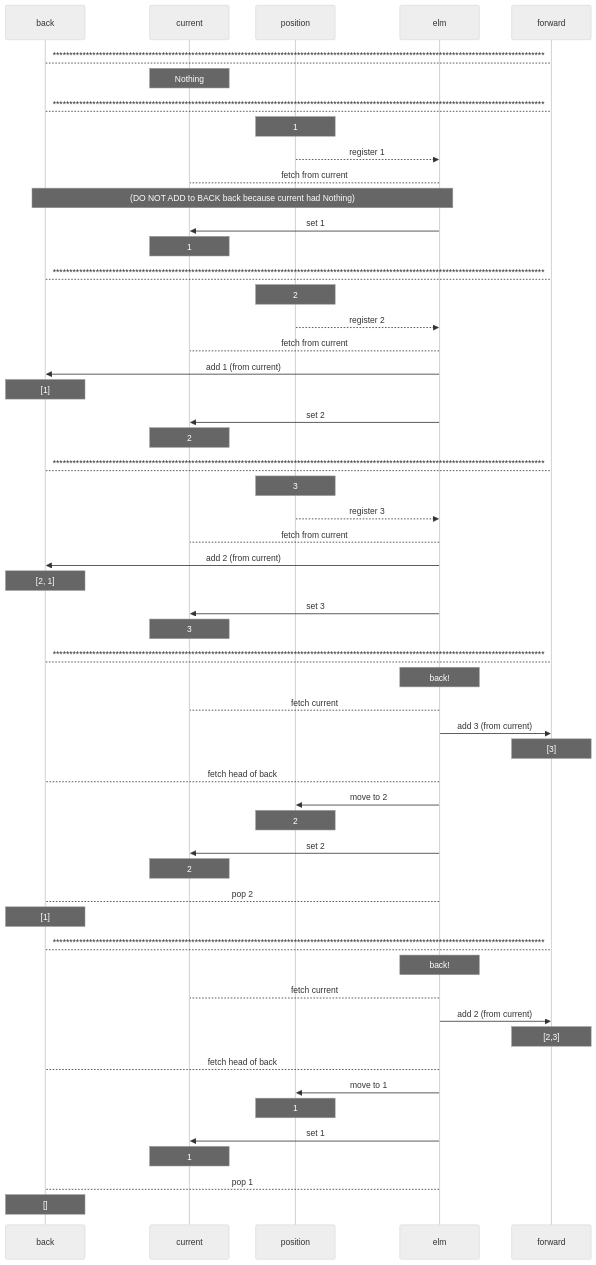
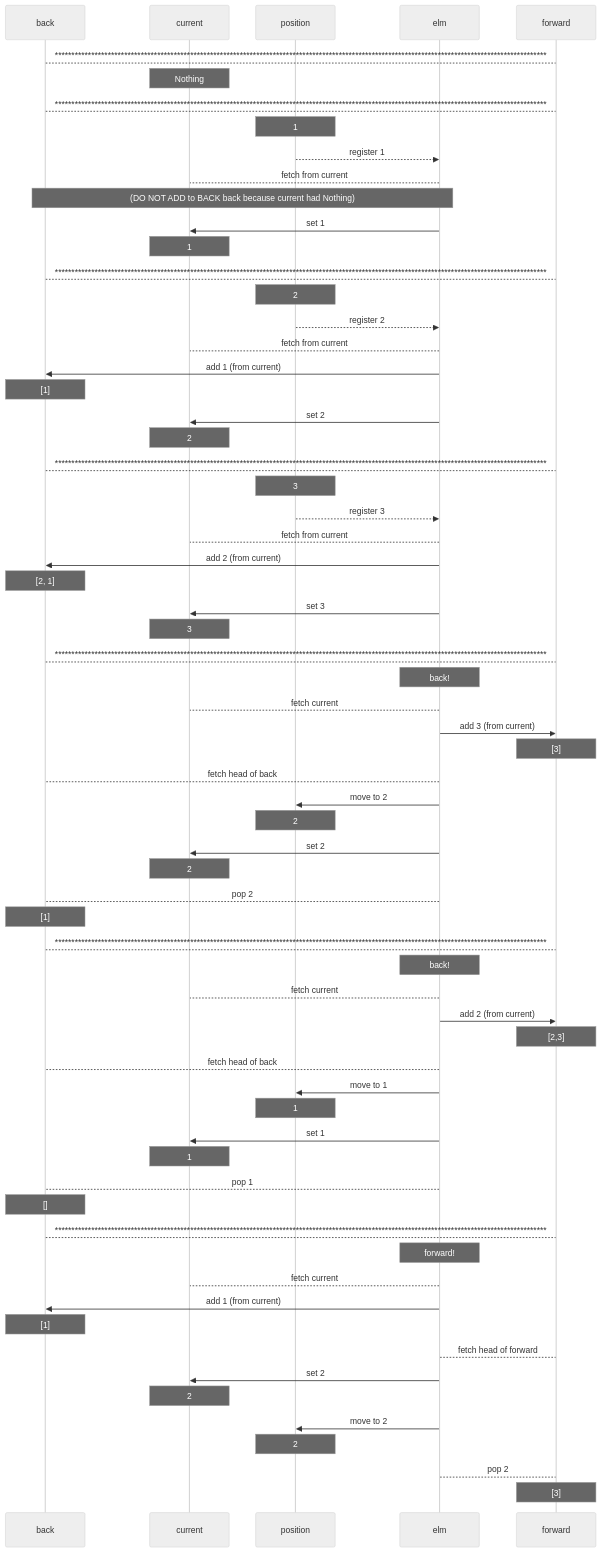
Before and after one commit to DavidLGoldberg/back-jumpy: the diagram in register-jump.mermaid, drawn with Mermaid (neutral theme). The commit also changed 3 other files, not shown here.

```diff
--- a/register-jump.mermaid
+++ b/register-jump.mermaid
@@ -1,61 +1,74 @@
 sequenceDiagram
     participant back
     participant current
     participant position
     participant elm
     participant forward
 
     back-->forward: *****************************************************************************************************************************************************
     Note over current: Nothing
 
     back-->forward: *****************************************************************************************************************************************************
     Note over position: 1
     position-->>elm: register 1
     elm-->current: fetch from current
     Note over back,elm: (DO NOT ADD to BACK back because current had Nothing)
     elm->>current: set 1
     Note over current: 1
 
     back-->forward: *****************************************************************************************************************************************************
     Note over position: 2
     position-->>elm: register 2
     elm-->current: fetch from current
     elm->>back: add 1 (from current)
     Note over back: [1]
     elm->>current: set 2
     Note over current: 2
 
     back-->forward: *****************************************************************************************************************************************************
     Note over position: 3
     position-->>elm: register 3
     elm-->current: fetch from current
     elm->>back: add 2 (from current)
     Note over back: [2, 1]
     elm->>current: set 3
     Note over current: 3
 
     back-->forward: *****************************************************************************************************************************************************
     Note over elm: back!
     elm-->current: fetch current
     elm->>forward: add 3 (from current)
     Note over forward: [3]
     elm-->back: fetch head of back
     elm->>position: move to 2
     Note over position: 2
     elm->>current: set 2
     Note over current: 2
     elm-->back: pop 2
     Note over back: [1]
 
     back-->forward: *****************************************************************************************************************************************************
     Note over elm: back!
     elm-->current: fetch current
     elm->>forward: add 2 (from current)
     Note over forward: [2,3]
     elm-->back: fetch head of back
     elm->>position: move to 1
     Note over position: 1
     elm->>current: set 1
     Note over current: 1
     elm-->back: pop 1
     Note over back: []
+
+    back-->forward: *****************************************************************************************************************************************************
+    Note over elm: forward!
+    elm-->current: fetch current
+    elm->>back: add 1 (from current)
+    Note over back: [1]
+    elm-->forward: fetch head of forward
+    elm->>current: set 2
+    Note over current: 2
+    elm->>position: move to 2
+    Note over position: 2
+    elm-->forward: pop 2
+    Note over forward: [3]
```
